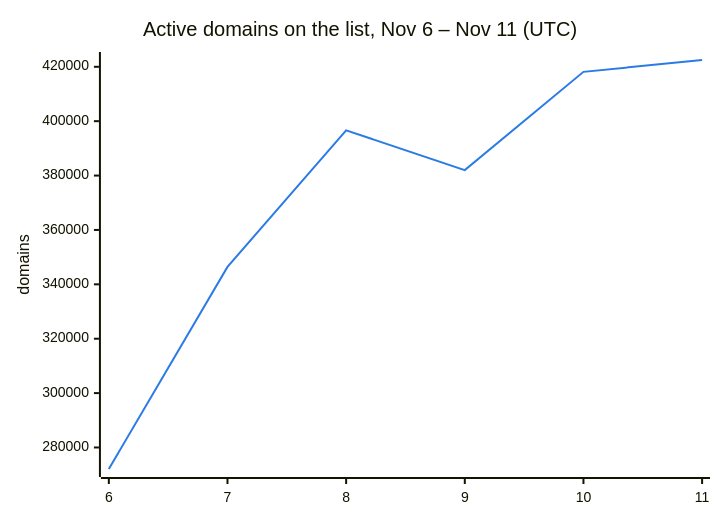
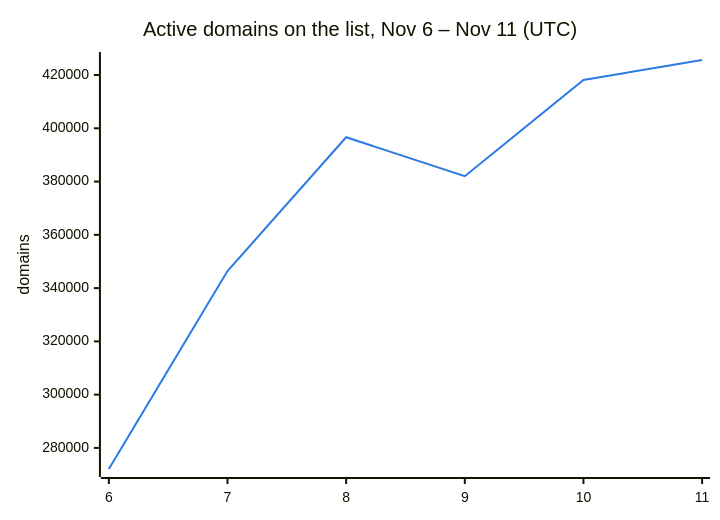
Before and after one commit to DNSBunker/CTI: the second of 3 diagrams in README.md, drawn with Mermaid. The commit also changed other lines of this file and 3 other files, not shown here.

````diff
--- a/README.md
+++ b/README.md
@@ -38,8 +38,8 @@
 ```mermaid
 %%{init: {"themeVariables": {"xyChart": {"plotColorPalette": "#2c7be5"}}}}%%
 xychart-beta
     title "Active domains on the list, Nov 6 – Nov 11 (UTC)"
     x-axis ["6", "7", "8", "9", "10", "11"]
     y-axis "domains"
-    line [272088, 346388, 396638, 382009, 418143, 422497]
+    line [272088, 346388, 396638, 382009, 418143, 425636]
 ```
````
